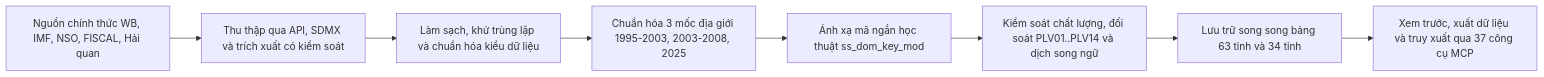
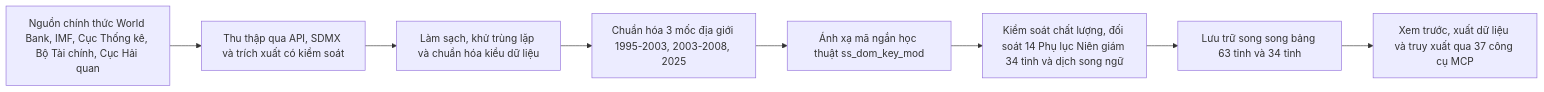
The diagram in docs/ecodata/du-lieu/methodology.mdx (vietlod/docs), drawn with Mermaid before and after one commit. The commit also changed other lines of this file and 30 other files, not shown here.

````diff
--- a/docs/ecodata/du-lieu/methodology.mdx
+++ b/docs/ecodata/du-lieu/methodology.mdx
@@ -39,10 +39,10 @@
 ```mermaid
 flowchart LR
-  A["Nguồn chính thức WB, IMF, NSO, FISCAL, Hải quan"] --> B["Thu thập qua API, SDMX và trích xuất có kiểm soát"]
+  A["Nguồn chính thức World Bank, IMF, Cục Thống kê, Bộ Tài chính, Cục Hải quan"] --> B["Thu thập qua API, SDMX và trích xuất có kiểm soát"]
   B --> C["Làm sạch, khử trùng lặp và chuẩn hóa kiểu dữ liệu"]
   C --> D["Chuẩn hóa 3 mốc địa giới 1995-2003, 2003-2008, 2025"]
   D --> E["Ánh xạ mã ngắn học thuật ss_dom_key_mod"]
-  E --> F["Kiểm soát chất lượng, đối soát PLV01..PLV14 và dịch song ngữ"]
+  E --> F["Kiểm soát chất lượng, đối soát 14 Phụ lục Niên giám 34 tỉnh và dịch song ngữ"]
   F --> G["Lưu trữ song song bảng 63 tỉnh và 34 tỉnh"]
   G --> H["Xem trước, xuất dữ liệu và truy xuất qua 37 công cụ MCP"]
 ```
````
